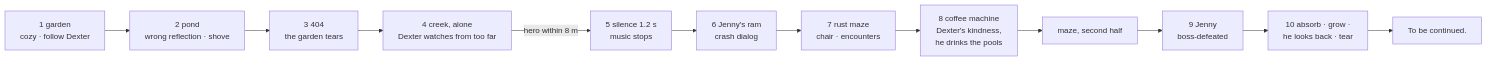
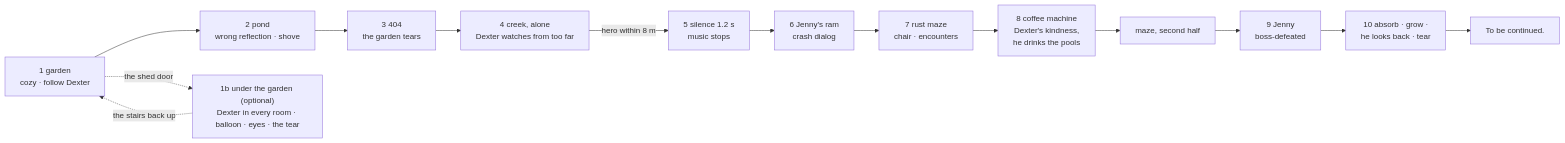
One commit to THD-AI/WinCS changed the first of 4 diagrams in docs/03-STORY-AND-CAST.md. Above: the diagram before and after it, drawn with Mermaid. The commit also changed other lines of this file, not shown here.

````diff
--- a/docs/03-STORY-AND-CAST.md
+++ b/docs/03-STORY-AND-CAST.md
@@ -38,14 +39,16 @@
 ```mermaid
 flowchart LR
   G["1 garden<br/>cozy · follow Dexter"] --> P["2 pond<br/>wrong reflection · shove"]
+  G -.->|"the shed door"| U["1b under the garden (optional)<br/>Dexter in every room · balloon · eyes · the tear"]
+  U -.->|"the stairs back up"| G
   P --> F["3 404<br/>the garden tears"]
   F --> W["4 creek, alone<br/>Dexter watches from too far"]
   W -->|"hero within 8 m"| H["5 silence 1.2 s<br/>music stops"]
   H --> C["6 Jenny's ram<br/>crash dialog"]
   C --> M["7 rust maze<br/>chair · encounters"]
   M --> K["8 coffee machine<br/>Dexter's kindness,<br/>he drinks the pools"]
   K --> M2["maze, second half"]
   M2 --> B["9 Jenny<br/>boss-defeated"]
   B --> R["10 absorb · grow ·<br/>he looks back · tear"]
   R --> E["To be continued."]
 ```
````
